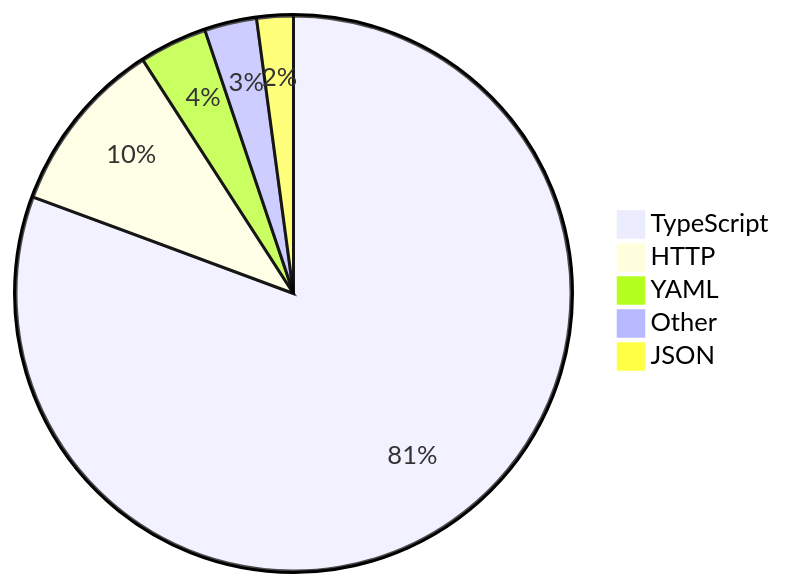
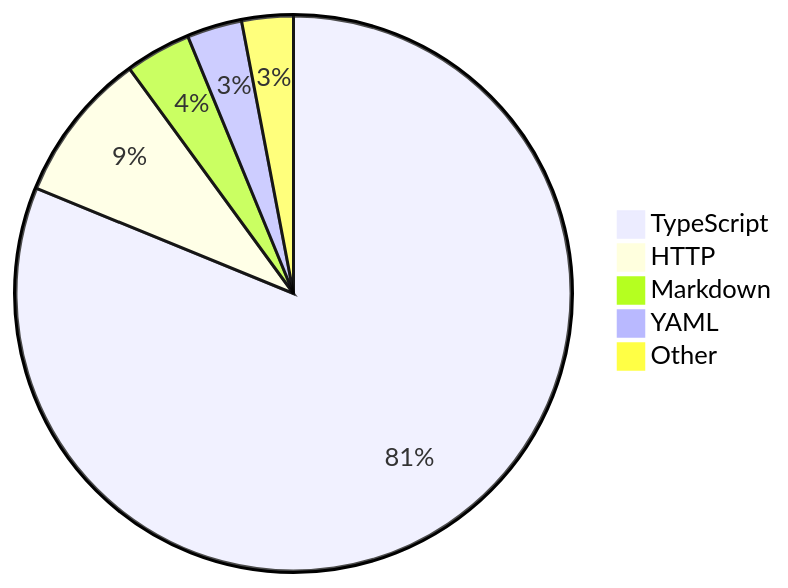
Before and after one commit to skvggor/skvggor: the diagram in README.md, drawn with Mermaid.

Commit message:
Updated waka-readme graph with new metrics

````diff
--- a/README.md
+++ b/README.md
@@ -16,8 +16,8 @@
 ```mermaid
 pie
-    "TypeScript" : 79.6
-    "HTTP" : 10.1
-    "YAML" : 3.9
-    "Other" : 3.0
-    "JSON" : 2.1
+    "TypeScript" : 78.5
+    "HTTP" : 8.5
+    "Markdown" : 3.7
+    "YAML" : 3.1
+    "Other" : 2.9
 ```
````
